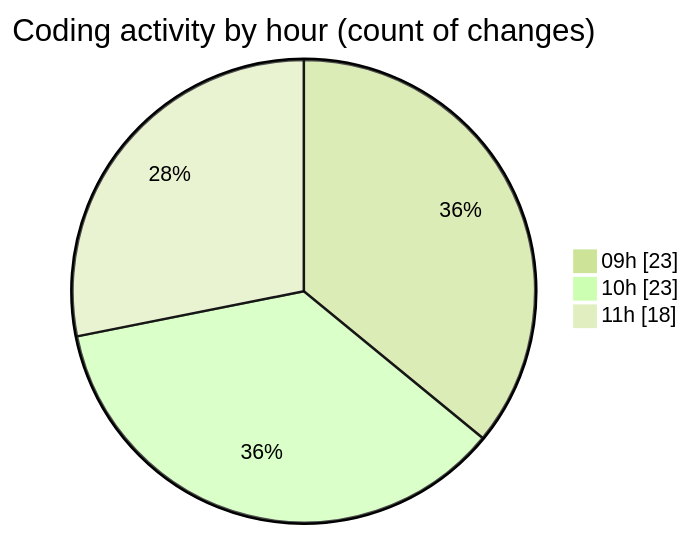
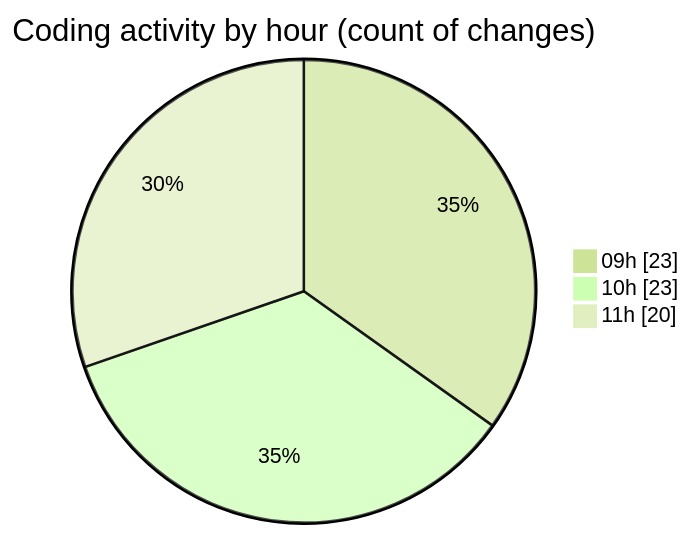
One commit to momahboobian/code-tracking changed the second of 2 diagrams in 2025-10-23/cda/README.md. Above: the diagram before and after it, drawn with Mermaid (forest theme). The commit also changed other lines of this file and 1 other file, not shown here.

````diff
--- a/2025-10-23/cda/README.md
+++ b/2025-10-23/cda/README.md
@@ -31,7 +31,7 @@
 ```mermaid
 pie showData
 title Coding activity by hour (count of changes)
 "09h" : 23
 "10h" : 23
-"11h" : 18
+"11h" : 20
 ```
````
